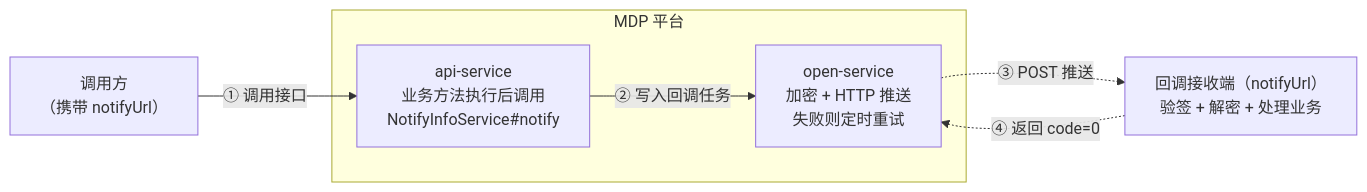
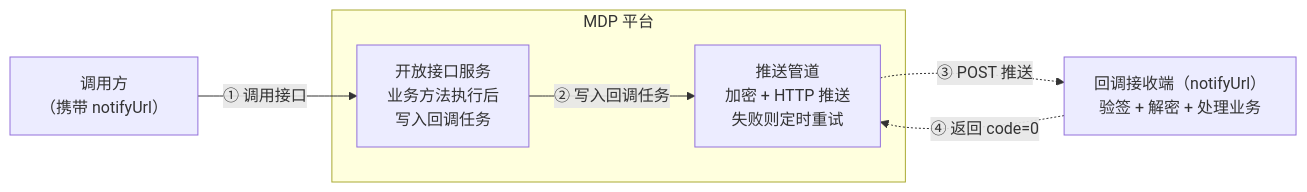
One commit to henhen6/mdp-docs changed the diagram in src/doc/integration/接口回调.md. Above: the diagram before and after it, drawn with Mermaid. The commit also changed other lines of this file and 14 other files, not shown here.

````diff
--- a/src/doc/integration/接口回调.md
+++ b/src/doc/integration/接口回调.md
@@ -31,13 +31,13 @@
 ```mermaid
 flowchart LR
     A["调用方<br/>（携带 notifyUrl）"]
     subgraph MDP["MDP 平台"]
-        B["api-service<br/>业务方法执行后调用<br/>NotifyInfoService#notify"]
-        C["open-service<br/>加密 + HTTP 推送<br/>失败则定时重试"]
+        B["开放接口服务<br/>业务方法执行后<br/>写入回调任务"]
+        C["推送管道<br/>加密 + HTTP 推送<br/>失败则定时重试"]
     end
     D["回调接收端（notifyUrl）<br/>验签 + 解密 + 处理业务"]
     A -->|"① 调用接口"| B
     B -->|"② 写入回调任务"| C
     C -.->|"③ POST 推送"| D
     D -.->|"④ 返回 code=0"| C
 ```
````
